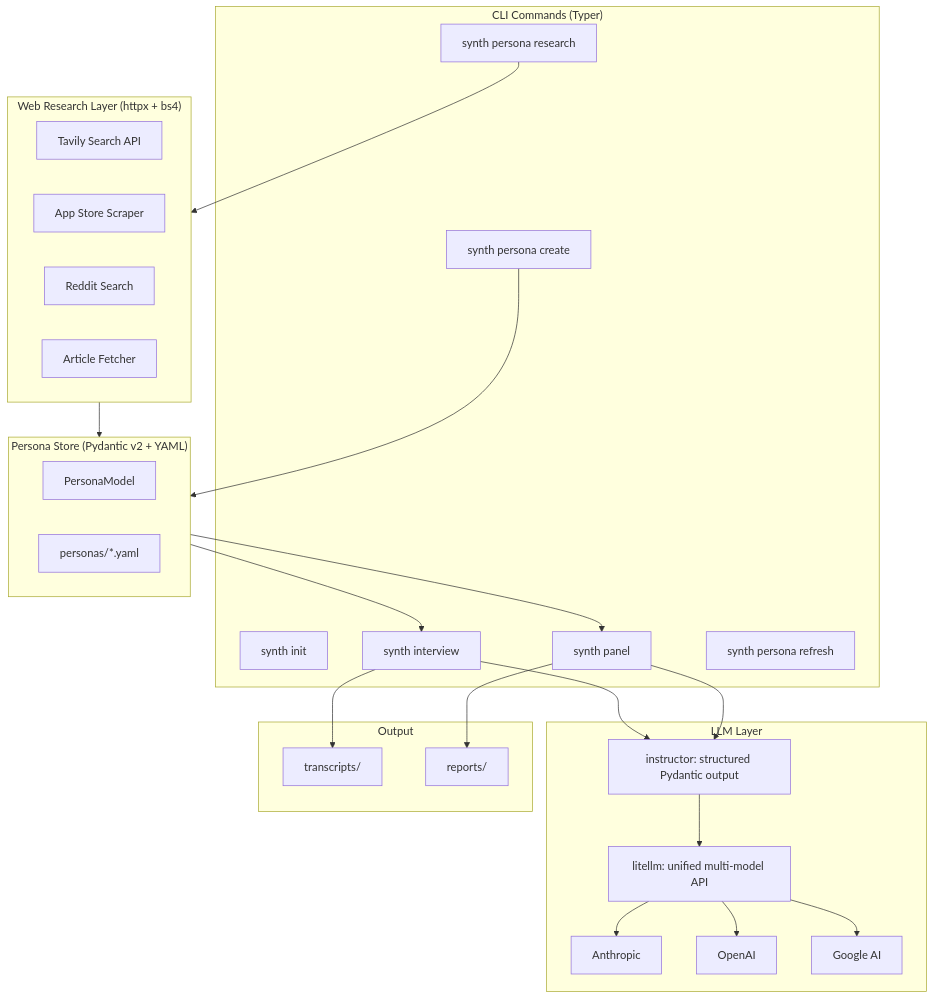
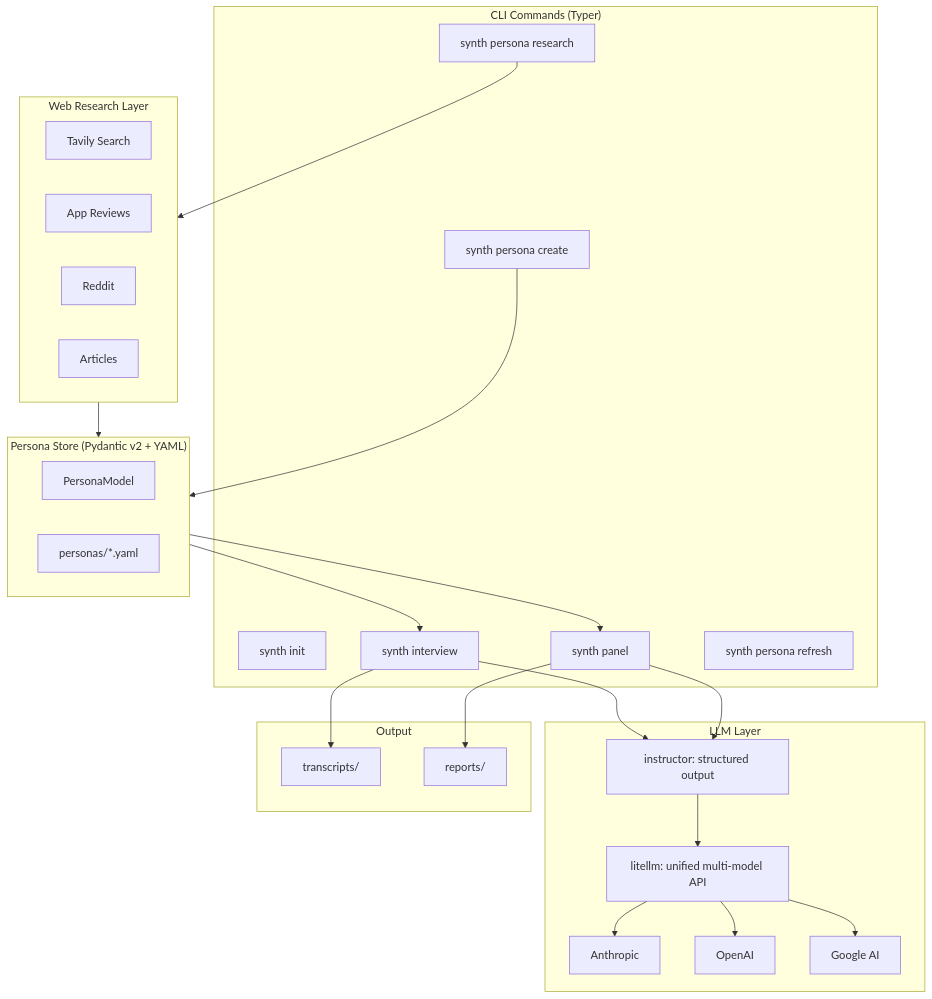
One commit to BenHCalvert/synthetic-user-research changed the diagram in README.md. Above: the diagram before and after it, drawn with Mermaid. The commit also changed other lines of this file and 12 other files, not shown here.

First line of the commit message:
Fix code review blockers, harden research layer, polish README

````diff
--- a/README.md
+++ b/README.md
@@ -43,50 +141,47 @@
 ```mermaid
 flowchart TB
     subgraph cli ["CLI Commands (Typer)"]
         init["synth init"]
         create["synth persona create"]
         research["synth persona research"]
         interview["synth interview"]
         panel["synth panel"]
         refresh["synth persona refresh"]
     end
 
     subgraph personaStore ["Persona Store (Pydantic v2 + YAML)"]
         schema["PersonaModel"]
         yamlFiles["personas/*.yaml"]
     end
 
     subgraph llm ["LLM Layer"]
-        instructor_lib["instructor: structured Pydantic output"]
+        instructor_lib["instructor: structured output"]
         litellm_lib["litellm: unified multi-model API"]
         anthropic["Anthropic"]
         openai["OpenAI"]
         google["Google AI"]
     end
 
-    subgraph webResearch ["Web Research Layer (httpx + bs4)"]
-        tavily["Tavily Search API"]
-        appReviews["App Store Scraper"]
-        reddit["Reddit Search"]
-        articles["Article Fetcher"]
+    subgraph webResearch ["Web Research Layer"]
+        tavily["Tavily Search"]
+        appReviews["App Reviews"]
+        reddit["Reddit"]
+        articles["Articles"]
     end
 
     subgraph output ["Output"]
         transcripts["transcripts/"]
         reports["reports/"]
     end
 
     create --> personaStore
     research --> webResearch
     webResearch --> personaStore
     interview --> instructor_lib
     panel --> instructor_lib
     instructor_lib --> litellm_lib
-    litellm_lib --> anthropic
-    litellm_lib --> openai
-    litellm_lib --> google
-    personaStore --> interview
-    personaStore --> panel
+    litellm_lib --> anthropic & openai & google
+    personaStore --> interview & panel
     interview --> transcripts
     panel --> reports
 ```
````
